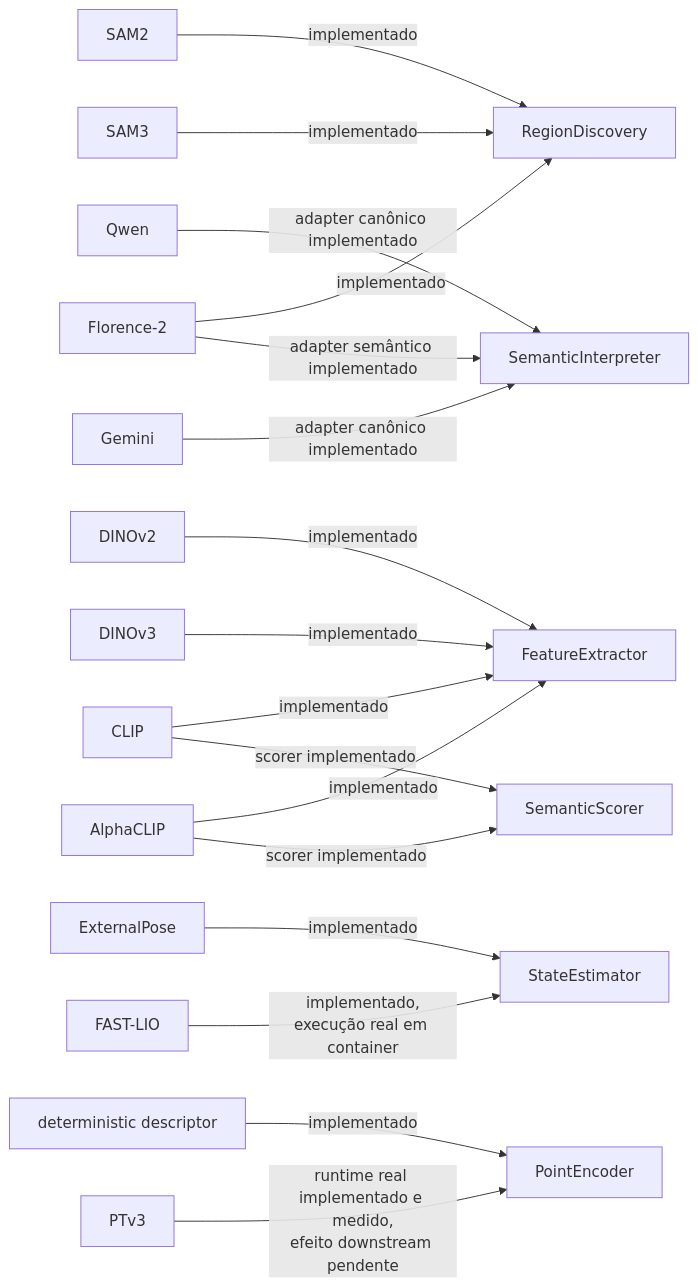
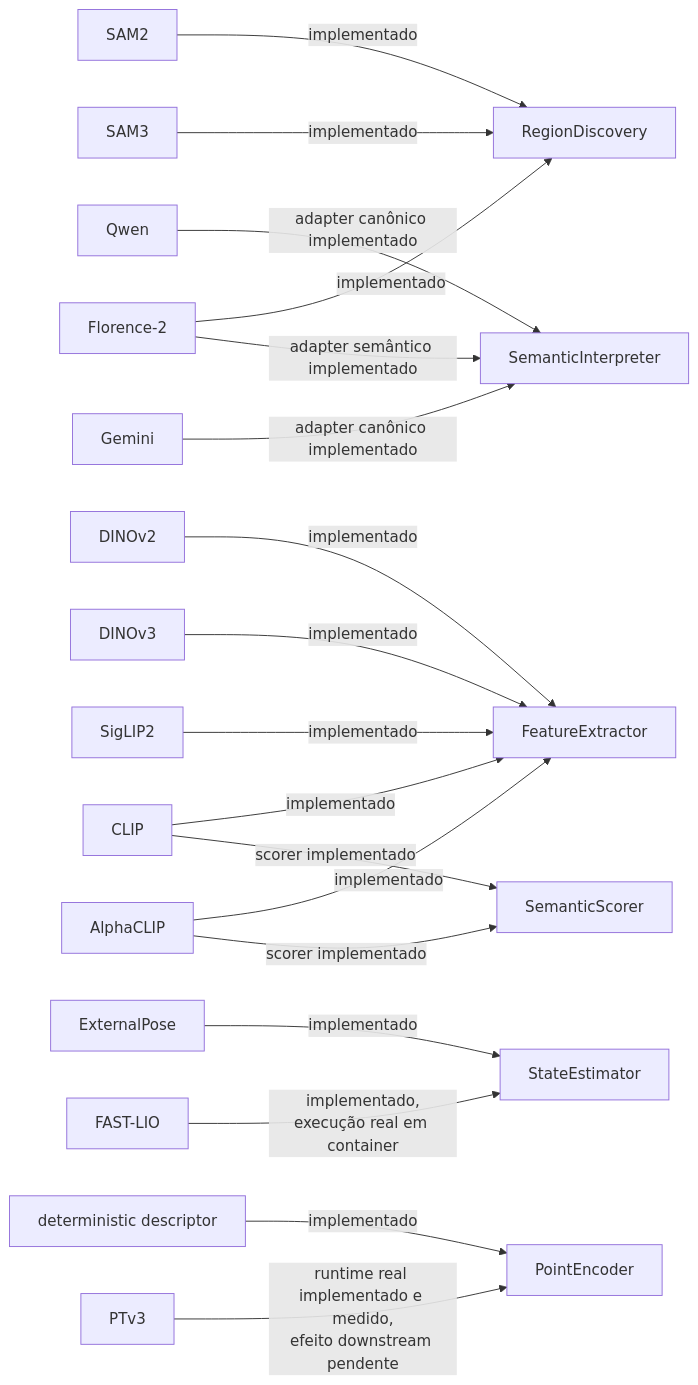
The fourth of 7 diagrams in docs/architecture.md (Alexandre-Tortoza/contextmap2), drawn with Mermaid before and after one commit. The commit also changed 17 other files, not shown here.

````diff
--- a/docs/architecture.md
+++ b/docs/architecture.md
@@ -284,27 +284,28 @@
 ```mermaid
 flowchart LR
     RD["RegionDiscovery"]
     FE["FeatureExtractor"]
     SI["SemanticInterpreter"]
     SS["SemanticScorer"]
     SE["StateEstimator"]
     PE["PointEncoder"]
 
     SAM2["SAM2"] -->|implementado| RD
     SAM3["SAM3"] -->|implementado| RD
     F2["Florence-2"] -->|implementado| RD
 
     D2["DINOv2"] -->|implementado| FE
     D3["DINOv3"] -->|implementado| FE
+    SIG2["SigLIP2"] -->|implementado| FE
     CLIP["CLIP"] -->|implementado| FE
     ACLIP["AlphaCLIP"] -->|implementado| FE
     Q["Qwen"] -->|adapter canônico implementado| SI
     G["Gemini"] -->|adapter canônico implementado| SI
     F2 -->|adapter semântico implementado| SI
     CLIP -->|scorer implementado| SS
     ACLIP -->|scorer implementado| SS
     EXT["ExternalPose"] -->|implementado| SE
     FL["FAST-LIO"] -->|implementado,<br/>execução real em container| SE
     DET["deterministic descriptor"] -->|implementado| PE
     PT["PTv3"] -->|runtime real implementado e medido,<br/>efeito downstream pendente| PE
 ```
````
